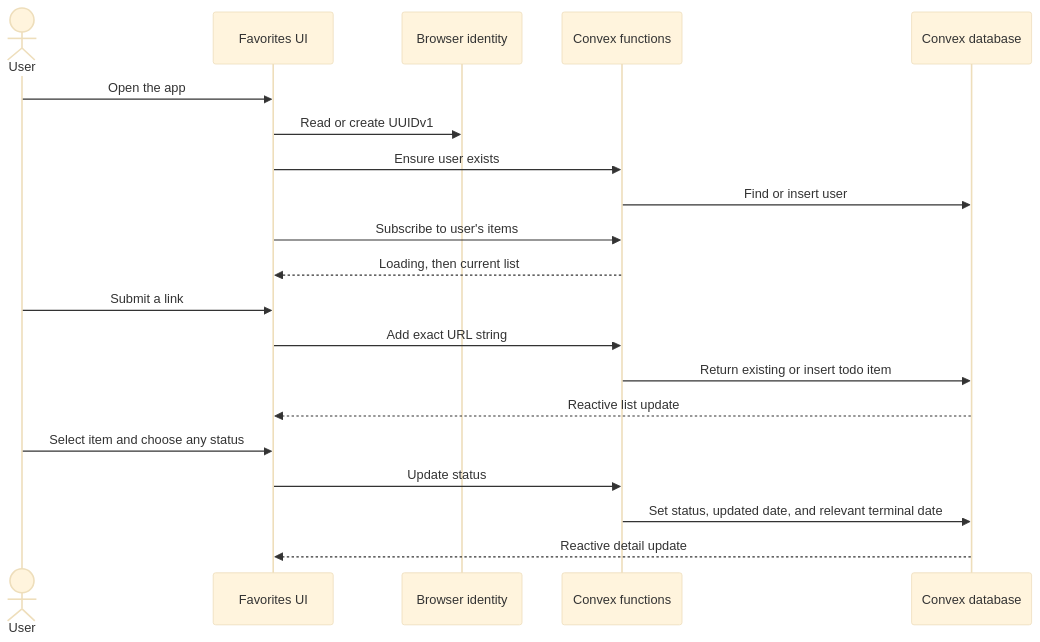
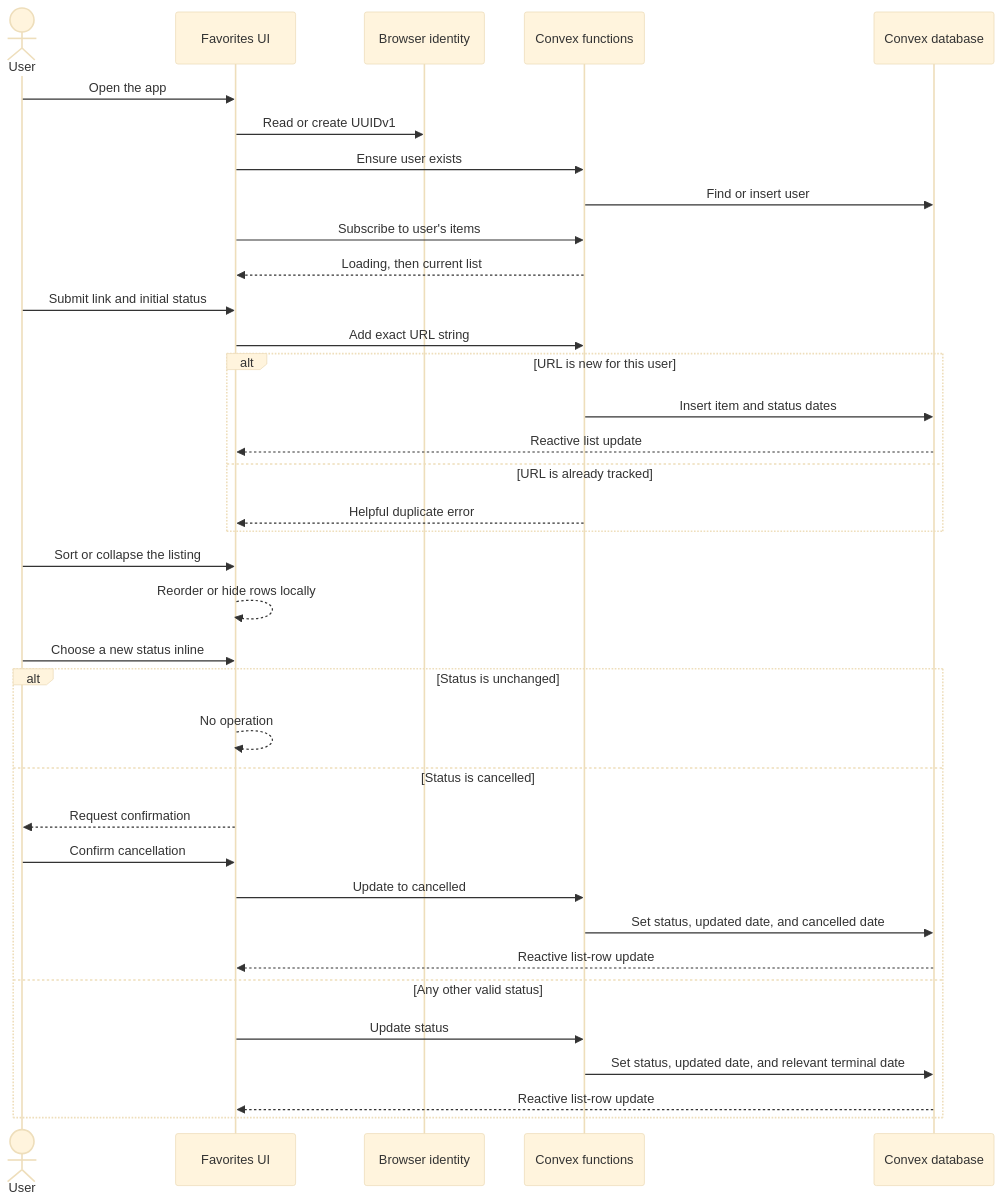
One commit to johnpfeiffer/myrss changed the second of 2 diagrams in architecture.md. Above: the diagram before and after it, drawn with Mermaid (base theme). The commit also changed other lines of this file and 10 other files, not shown here.

````diff
--- a/architecture.md
+++ b/architecture.md
@@ -31,23 +33,39 @@
 ```mermaid
 sequenceDiagram
     actor User
     participant UI as Favorites UI
     participant Identity as Browser identity
     participant API as Convex functions
     participant DB as Convex database
 
     User->>UI: Open the app
     UI->>Identity: Read or create UUIDv1
     UI->>API: Ensure user exists
     API->>DB: Find or insert user
     UI->>API: Subscribe to user's items
     API-->>UI: Loading, then current list
-    User->>UI: Submit a link
+    User->>UI: Submit link and initial status
     UI->>API: Add exact URL string
-    API->>DB: Return existing or insert todo item
-    DB-->>UI: Reactive list update
-    User->>UI: Select item and choose any status
-    UI->>API: Update status
-    API->>DB: Set status, updated date, and relevant terminal date
-    DB-->>UI: Reactive detail update
+    alt URL is new for this user
+        API->>DB: Insert item and status dates
+        DB-->>UI: Reactive list update
+    else URL is already tracked
+        API-->>UI: Helpful duplicate error
+    end
+    User->>UI: Sort or collapse the listing
+    UI-->>UI: Reorder or hide rows locally
+    User->>UI: Choose a new status inline
+    alt Status is unchanged
+        UI-->>UI: No operation
+    else Status is cancelled
+        UI-->>User: Request confirmation
+        User->>UI: Confirm cancellation
+        UI->>API: Update to cancelled
+        API->>DB: Set status, updated date, and cancelled date
+        DB-->>UI: Reactive list-row update
+    else Any other valid status
+        UI->>API: Update status
+        API->>DB: Set status, updated date, and relevant terminal date
+        DB-->>UI: Reactive list-row update
+    end
 ```
````
